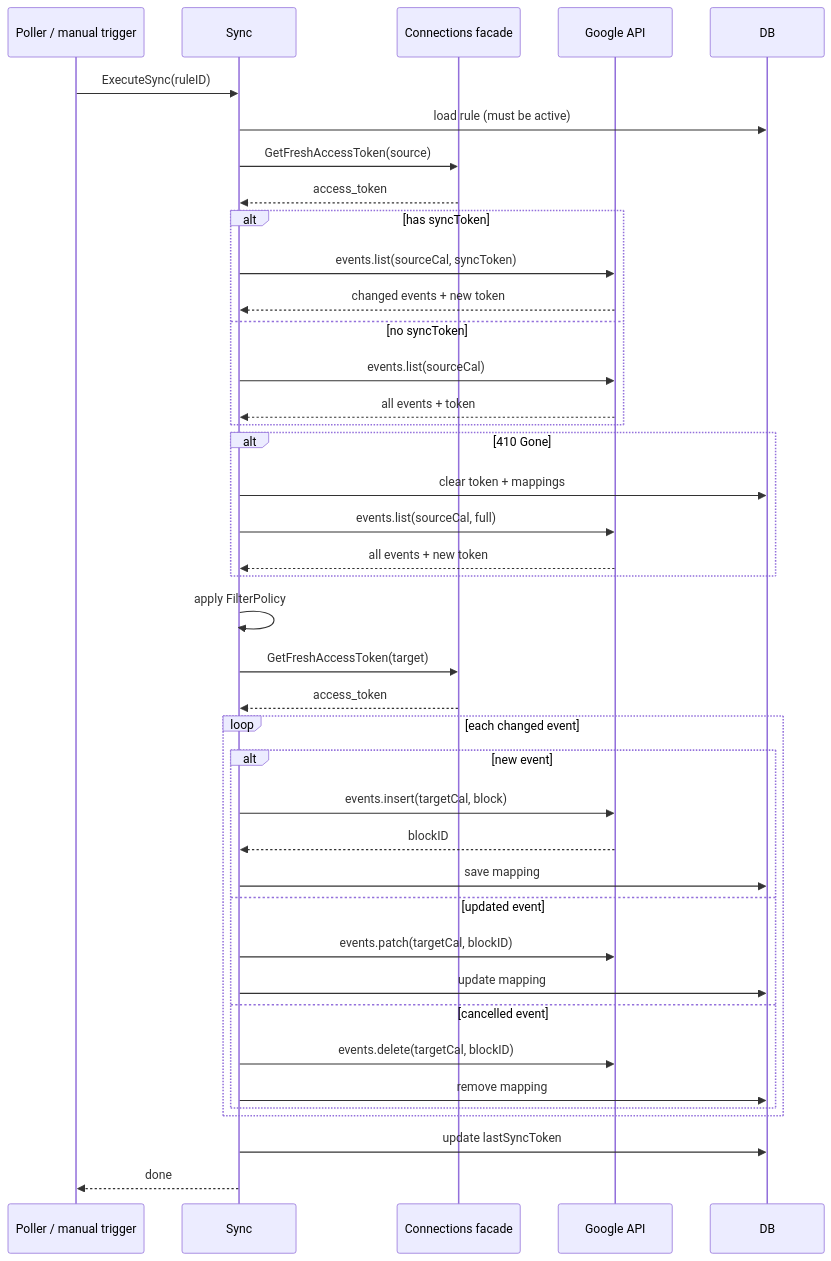
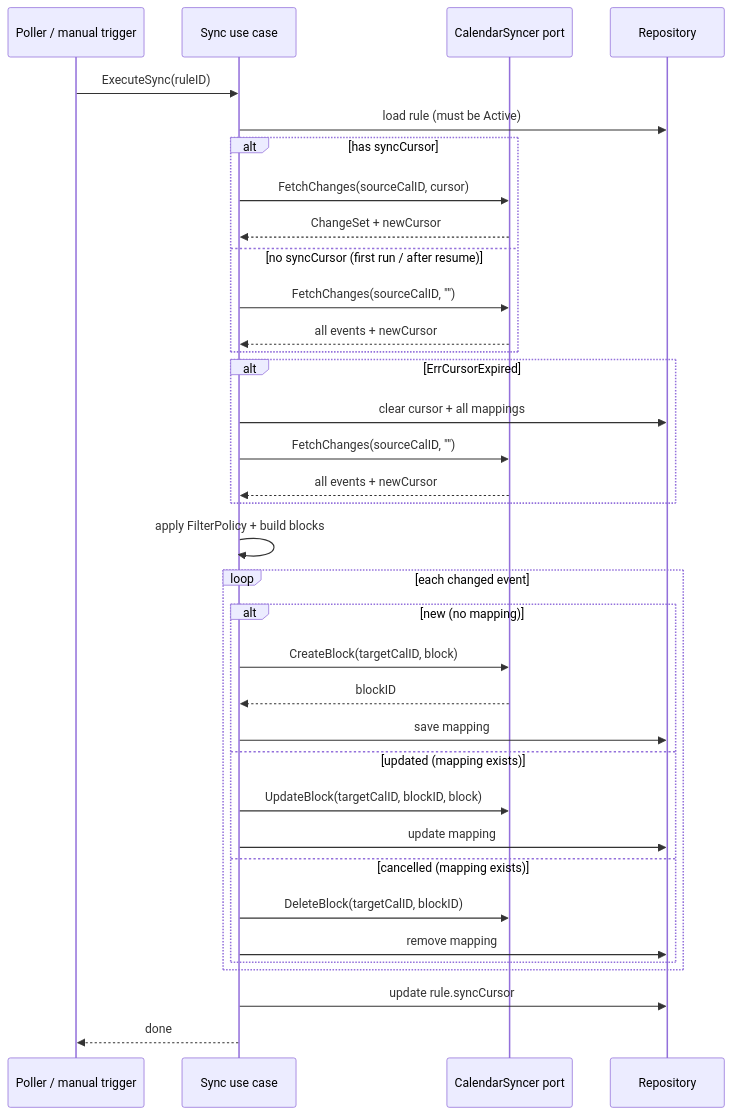
Before and after one commit to iravelmakina/syncify: the diagram in docs/diagrams/sync-events-sequence.mmd, drawn with Mermaid. The commit also changed 2 other files, not shown here.

Commit message:
docs: syncToken -> syncCursor

```diff
--- a/docs/diagrams/sync-events-sequence.mmd
+++ b/docs/diagrams/sync-events-sequence.mmd
@@ -1,47 +1,41 @@
 sequenceDiagram
     participant Poller as Poller / manual trigger
-    participant SyncApp as Sync
-    participant ConnFacade as Connections facade
-    participant Google as Google API
-    participant DB
+    participant SyncApp as Sync use case
+    participant Syncer as CalendarSyncer port
+    participant DB as Repository
 
     Poller->>SyncApp: ExecuteSync(ruleID)
-    SyncApp->>DB: load rule (must be active)
-    SyncApp->>ConnFacade: GetFreshAccessToken(source)
-    ConnFacade-->>SyncApp: access_token
+    SyncApp->>DB: load rule (must be Active)
 
-    alt has syncToken
-        SyncApp->>Google: events.list(sourceCal, syncToken)
-        Google-->>SyncApp: changed events + new token
-    else no syncToken
-        SyncApp->>Google: events.list(sourceCal)
-        Google-->>SyncApp: all events + token
+    alt has syncCursor
+        SyncApp->>Syncer: FetchChanges(sourceCalID, cursor)
+        Syncer-->>SyncApp: ChangeSet + newCursor
+    else no syncCursor (first run / after resume)
+        SyncApp->>Syncer: FetchChanges(sourceCalID, "")
+        Syncer-->>SyncApp: all events + newCursor
     end
 
-    alt 410 Gone
-        SyncApp->>DB: clear token + mappings
-        SyncApp->>Google: events.list(sourceCal, full)
-        Google-->>SyncApp: all events + new token
+    alt ErrCursorExpired
+        SyncApp->>DB: clear cursor + all mappings
+        SyncApp->>Syncer: FetchChanges(sourceCalID, "")
+        Syncer-->>SyncApp: all events + newCursor
     end
 
-    SyncApp->>SyncApp: apply FilterPolicy
-
-    SyncApp->>ConnFacade: GetFreshAccessToken(target)
-    ConnFacade-->>SyncApp: access_token
+    SyncApp->>SyncApp: apply FilterPolicy + build blocks
 
     loop each changed event
-        alt new event
-            SyncApp->>Google: events.insert(targetCal, block)
-            Google-->>SyncApp: blockID
+        alt new (no mapping)
+            SyncApp->>Syncer: CreateBlock(targetCalID, block)
+            Syncer-->>SyncApp: blockID
             SyncApp->>DB: save mapping
-        else updated event
-            SyncApp->>Google: events.patch(targetCal, blockID)
+        else updated (mapping exists)
+            SyncApp->>Syncer: UpdateBlock(targetCalID, blockID, block)
             SyncApp->>DB: update mapping
-        else cancelled event
-            SyncApp->>Google: events.delete(targetCal, blockID)
+        else cancelled (mapping exists)
+            SyncApp->>Syncer: DeleteBlock(targetCalID, blockID)
             SyncApp->>DB: remove mapping
         end
     end
 
-    SyncApp->>DB: update lastSyncToken
+    SyncApp->>DB: update rule.syncCursor
     SyncApp-->>Poller: done
```
